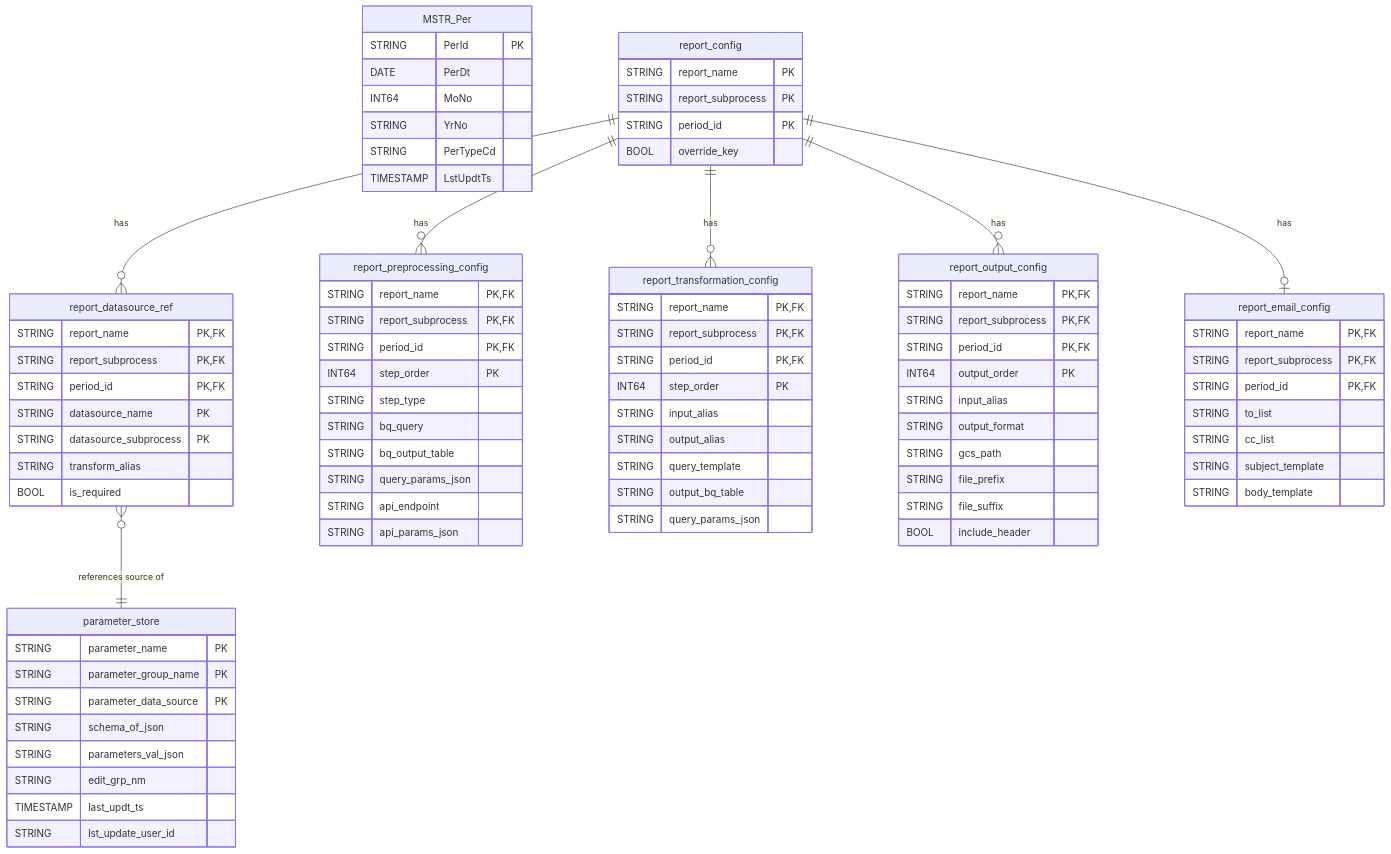
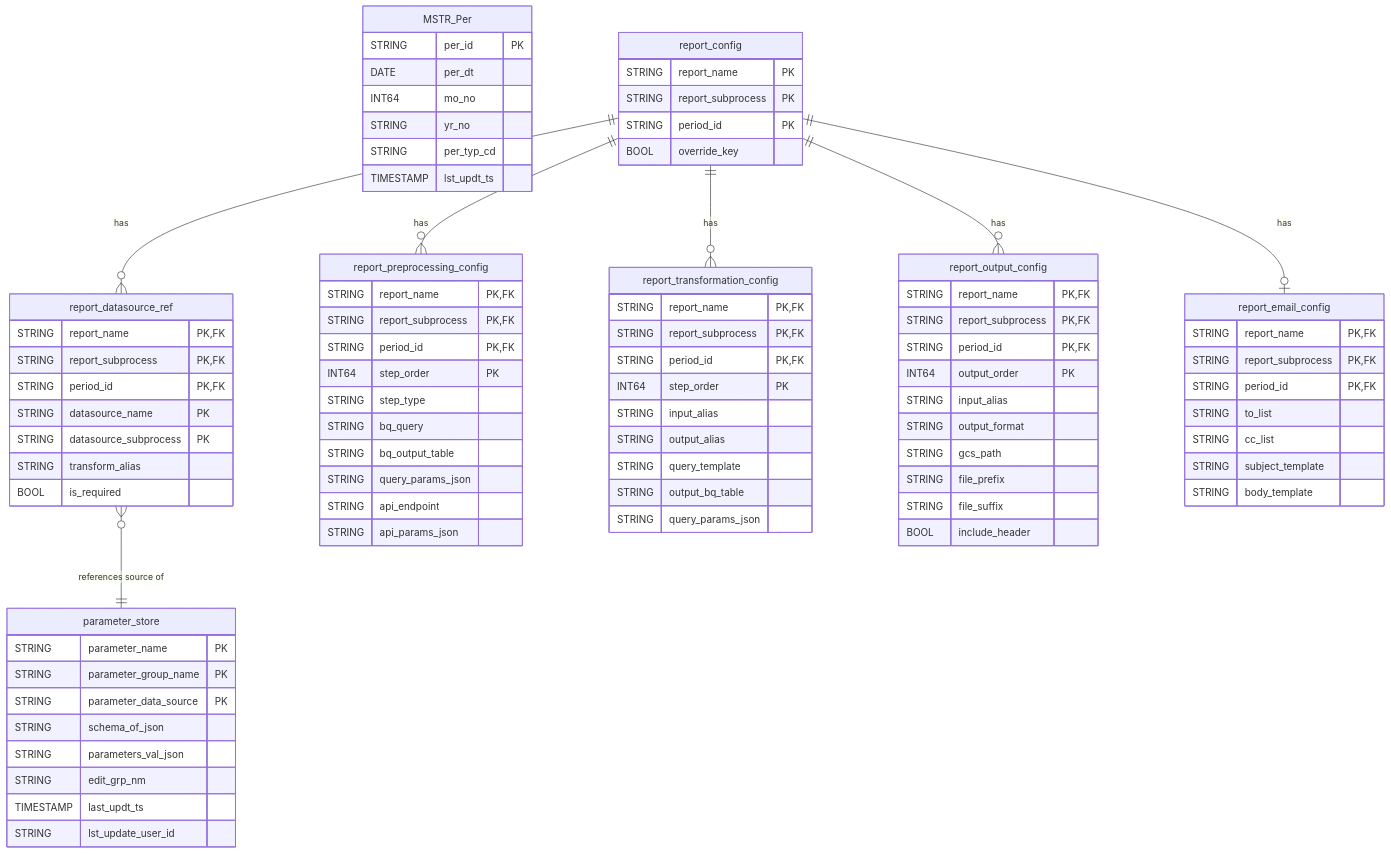
One commit to tushark-16bit/beam_framework changed diagram 11 of 13 in WALKTHROUGH.md. Above: the diagram before and after it, drawn with Mermaid. The commit also changed other lines of this file and 17 other files, not shown here.

```diff
--- a/WALKTHROUGH.md
+++ b/WALKTHROUGH.md
@@ -549,12 +549,12 @@
     }
 
     MSTR_Per {
-        STRING PerId PK
-        DATE PerDt
-        INT64 MoNo
-        STRING YrNo
-        STRING PerTypeCd
-        TIMESTAMP LstUpdtTs
+        STRING per_id PK
+        DATE per_dt
+        INT64 mo_no
+        STRING yr_no
+        STRING per_typ_cd
+        TIMESTAMP lst_updt_ts
     }
 
     report_config {
```
